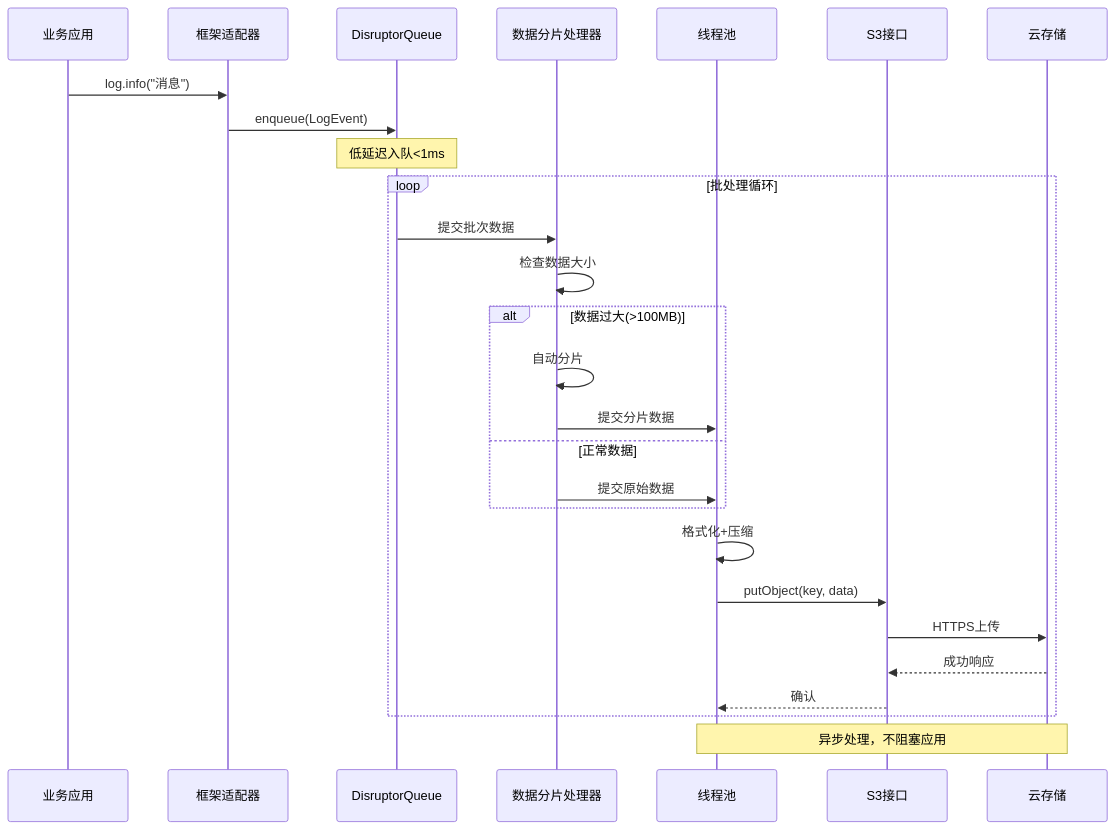
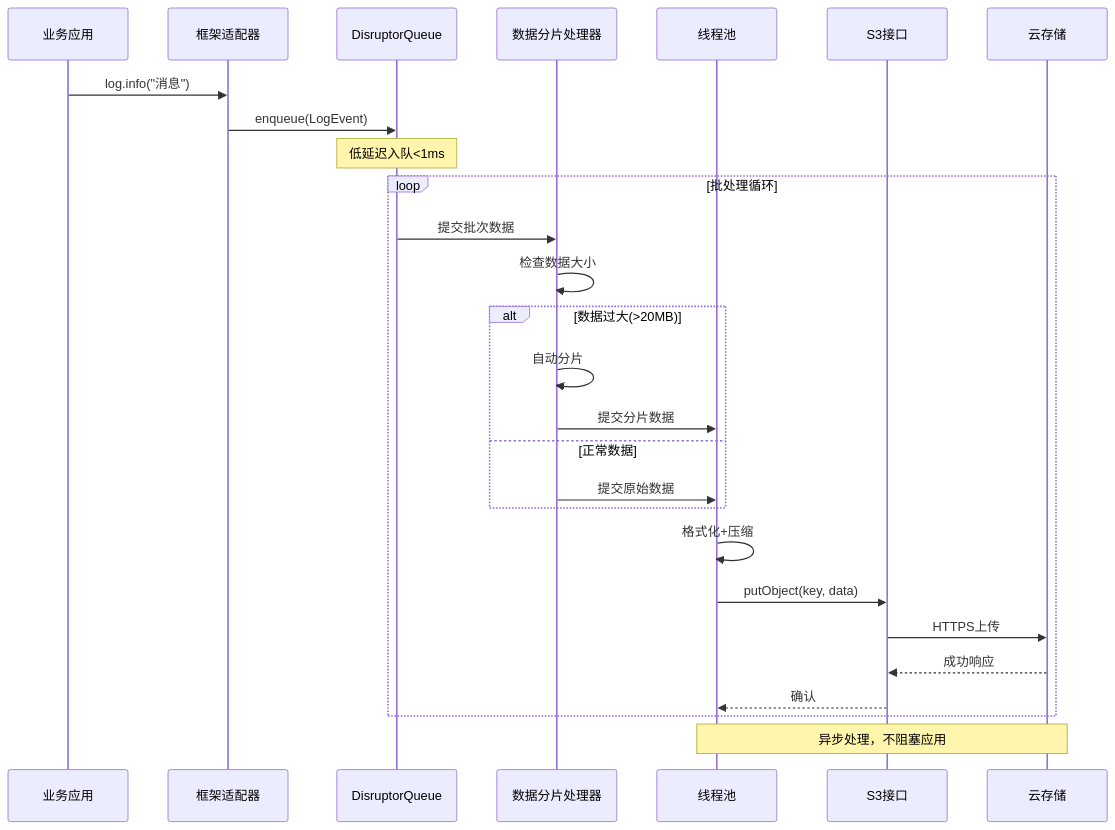
One commit to kzy77/logx-oss-appender changed the second of 3 diagrams in docs/architecture.md. Above: the diagram before and after it, drawn with Mermaid. The commit also changed other lines of this file and 16 other files, not shown here.

````diff
--- a/docs/architecture.md
+++ b/docs/architecture.md
@@ -280,33 +280,33 @@
 ```mermaid
 sequenceDiagram
     participant App as 业务应用
     participant Adapter as 框架适配器
     participant Queue as DisruptorQueue
     participant Sharding as 数据分片处理器
     participant Pool as 线程池
     participant Storage as S3接口
     participant Cloud as 云存储
 
     App->>Adapter: log.info("消息")
     Adapter->>Queue: enqueue(LogEvent)
 
     Note over Queue: 低延迟入队<1ms
 
     loop 批处理循环
         Queue->>Sharding: 提交批次数据
         Sharding->>Sharding: 检查数据大小
-        alt 数据过大(>100MB)
+        alt 数据过大(>20MB)
             Sharding->>Sharding: 自动分片
             Sharding->>Pool: 提交分片数据
         else 正常数据
             Sharding->>Pool: 提交原始数据
         end
         Pool->>Pool: 格式化+压缩
         Pool->>Storage: putObject(key, data)
         Storage->>Cloud: HTTPS上传
         Cloud-->>Storage: 成功响应
         Storage-->>Pool: 确认
     end
 
     Note over Pool,Cloud: 异步处理，不阻塞应用
 ```
````
